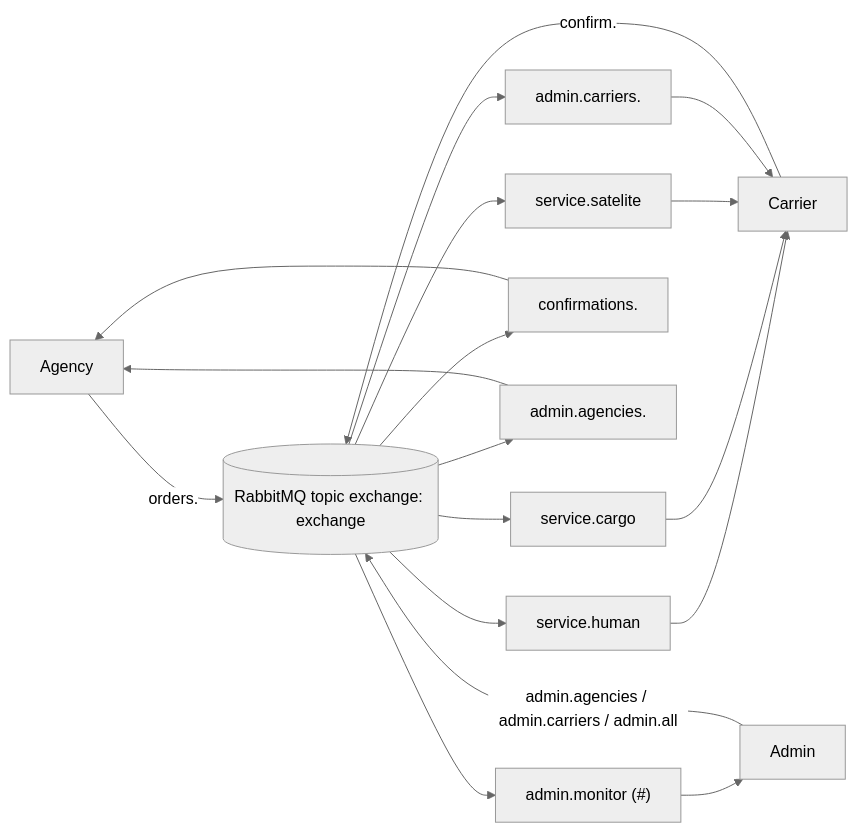
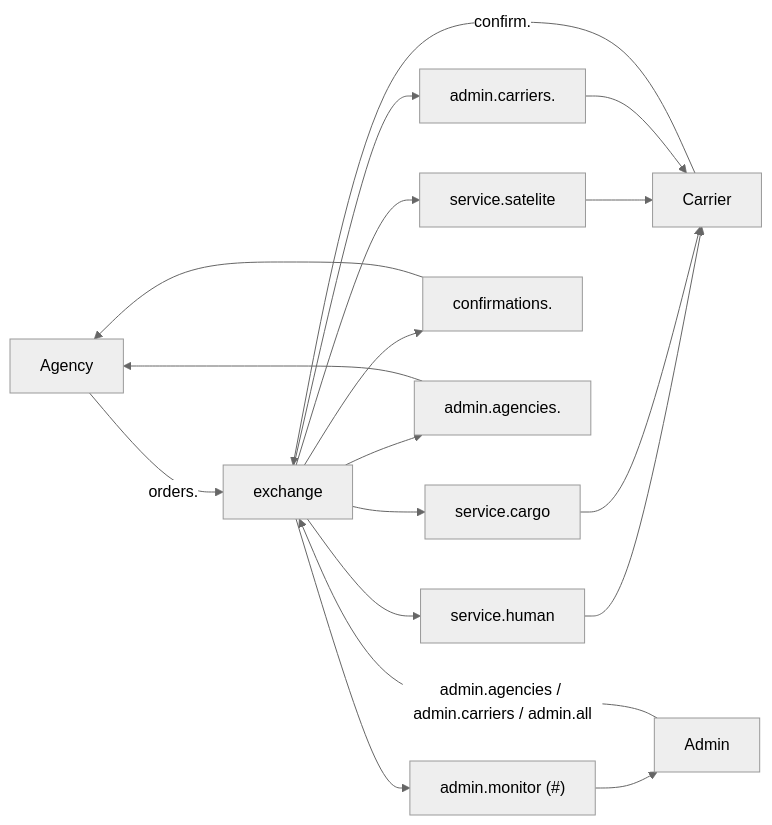
The diagram in sem6/rozprochy/tasks/task5/schema.md (Mosder/agh), drawn with Mermaid (neutral theme) before and after one commit. The commit also changed other lines of this file, not shown here.

````diff
--- a/sem6/rozprochy/tasks/task5/schema.md
+++ b/sem6/rozprochy/tasks/task5/schema.md
@@ -38,24 +1,24 @@
 ```mermaid
 flowchart LR
-    A[Agency] -- orders.<service> --> X[(RabbitMQ topic exchange: exchange)]
+    A[Agency] -- "orders.<service>" --> X[exchange]
     X --> SH[service.human]
     X --> SC[service.cargo]
     X --> SS[service.satelite]
 
     SH --> C[Carrier]
     SC --> C
     SS --> C
 
     C -- confirm.<agency> --> X
-    X --> QCONF[confirmations.<agency>]
+    X --> QCONF["confirmations.<agency>"]
     QCONF --> A
 
     AD[Admin] -- admin.agencies / admin.carriers / admin.all --> X
-    X --> QA[admin.agencies.<agency>]
-    X --> QC[admin.carriers.<carrier>]
+    X --> QA["admin.agencies.<agency>"]
+    X --> QC["admin.carriers.<carrier>"]
     QA --> A
     QC --> C
 
     X --> MON["admin.monitor (#)"]
     MON --> AD
 ```
````
